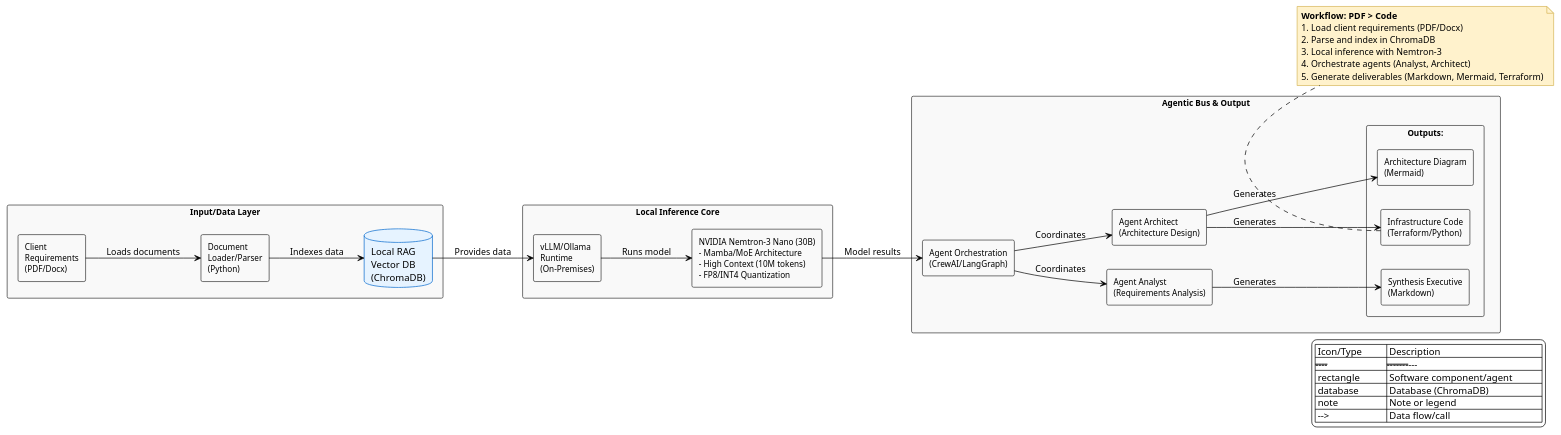
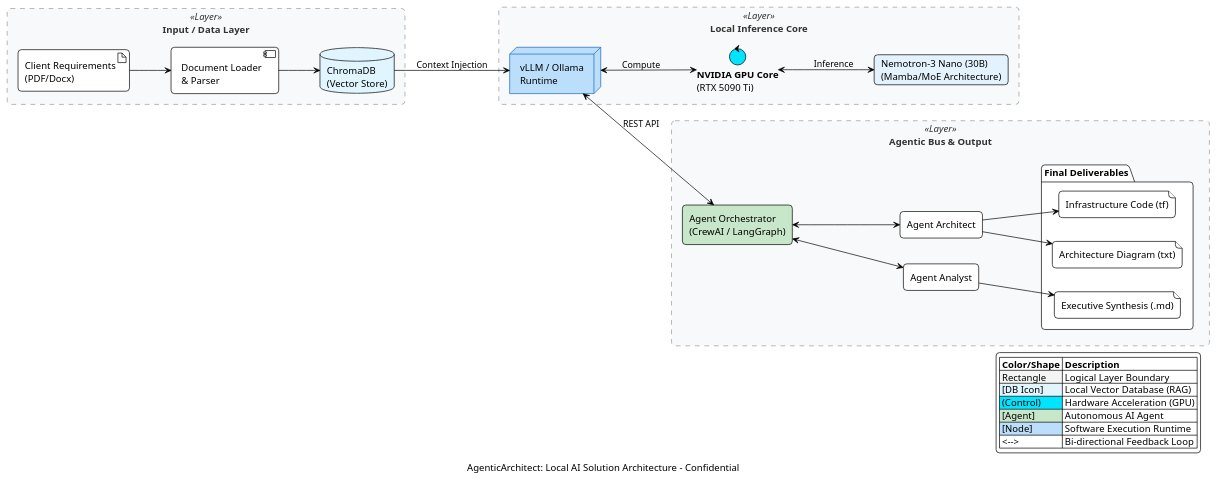
One commit to fabienfrfr/AgenticArchitect changed the diagram in docs/global_archi.puml. Above: the diagram before and after it, drawn with PlantUML. The commit also changed 1 other file, not shown here.

Commit message:
update architecture diagram

```diff
--- a/docs/global_archi.puml
+++ b/docs/global_archi.puml
@@ -1,84 +1,79 @@
-@startuml AgenticArchitect_Local_AI_Solution_Architecture
+@startuml AgenticArchitect_Final_With_Legend
 
+' --- Configuration & Style ---
 !theme plain
-skinparam monochrome false
+skinparam backgroundColor white
+skinparam roundcorner 10
 skinparam shadowing false
-skinparam defaultFontName Arial
+skinparam DefaultFontName "Segoe UI", Arial
 left to right direction
 
-' --- Colors and styles ---
-skinparam rectangle {
-  BackgroundColor #f9f9f9
-  BorderColor #333
-  FontSize 12
-}
-skinparam database {
-  BackgroundColor #e6f3ff
-  BorderColor #0066cc
-}
-skinparam note {
-  BackgroundColor #fff2cc
-  BorderColor #d6b656
+' Style for Layers
+skinparam rectangle<<Layer>> {
+    BackgroundColor #F8F9FA
+    BorderColor #999999
+    BorderStyle dashed
+    FontColor #333333
 }
 
-' --- Input/Data Layer ---
-rectangle "Input/Data Layer" {
-  rectangle "Client\nRequirements\n(PDF/Docx)" as client_req
-  database "Local RAG\nVector DB\n(ChromaDB)" as chroma_db
-  rectangle "Document\nLoader/Parser\n(Python)" as doc_parser
-
-  client_req --> doc_parser : "Loads documents"
-  doc_parser --> chroma_db : "Indexes data"
+' Style for Hardware/Core
+skinparam node {
+    BackgroundColor #E3F2FD
+    BorderColor #1565C0
 }
 
-' --- Local Inference Core ---
-rectangle "Local Inference Core" {
-  rectangle "vLLM/Ollama\nRuntime\n(On-Premises)" as runtime
-  rectangle "NVIDIA Nemtron-3 Nano (30B)\n- Mamba/MoE Architecture\n- High Context (10M tokens)\n- FP8/INT4 Quantization" as nemotron
-
-  chroma_db --> runtime : "Provides data"
-  runtime --> nemotron : "Runs model"
+' --- LAYER 1: DATA ---
+rectangle "Input / Data Layer" <<Layer>> {
+    artifact "Client Requirements\n(PDF/Docx)" as docs
+    component "Document Loader\n& Parser" as parser
+    database "ChromaDB\n(Vector Store)" as db #E1F5FE
 }
 
-' --- Agentic Bus & Output ---
-rectangle "Agentic Bus & Output" {
-  rectangle "Agent Analyst\n(Requirements Analysis)" as analyst
-  rectangle "Agent Orchestration\n(CrewAI/LangGraph)" as orchestrator
-  rectangle "Agent Architect\n(Architecture Design)" as architect
-
-  nemotron --> orchestrator : "Model results"
-  orchestrator --> analyst : "Coordinates"
-  orchestrator --> architect : "Coordinates"
-
-  rectangle "Outputs:" {
-    rectangle "Synthesis Executive\n(Markdown)" as synthesis
-    rectangle "Architecture Diagram\n(Mermaid)" as arch_diagram
-    rectangle "Infrastructure Code\n(Terraform/Python)" as infra_code
-  }
-
-  architect --> arch_diagram : "Generates"
-  architect --> infra_code : "Generates"
-  analyst --> synthesis : "Generates"
+' --- LAYER 2: COMPUTE ---
+rectangle "Local Inference Core" <<Layer>> {
+    node "vLLM / Ollama\nRuntime" as runtime #BBDEFB
+    control "**NVIDIA GPU Core**\n(RTX 5090 Ti)" as gpu #00E5FF
+    card "Nemotron-3 Nano (30B)\n(Mamba/MoE Architecture)" as model #E3F2FD
+    
+    runtime <--> gpu : "Compute"
+    gpu <--> model : "Inference"
 }
 
-' --- Workflow ---
-note bottom
-  <b>Workflow: PDF > Code</b>
-  1. Load client requirements (PDF/Docx)
-  2. Parse and index in ChromaDB
-  3. Local inference with Nemtron-3
-  4. Orchestrate agents (Analyst, Architect)
-  5. Generate deliverables (Markdown, Mermaid, Terraform)
-end note
+' --- LAYER 3: AGENTS ---
+rectangle "Agentic Bus & Output" <<Layer>> {
+    agent "Agent Orchestrator\n(CrewAI / LangGraph)" as bus #C8E6C9
+    agent "Agent Analyst" as analyst
+    agent "Agent Architect" as architect
+    
+    package "Final Deliverables" {
+        file "Executive Synthesis (.md)" as out1
+        file "Architecture Diagram (txt)" as out2
+        file "Infrastructure Code (tf)" as out3
+    }
+}
+
+' --- Flux ---
+docs --> parser
+parser --> db
+db --> runtime : "Context Injection"
+runtime <--> bus : "REST API"
+bus <--> analyst
+bus <--> architect
+architect --> out2
+architect --> out3
+analyst --> out1
 
 ' --- Legend ---
 legend right
-  | Icon/Type          | Description                          |
-  |--------------------|--------------------------------------|
-  | rectangle          | Software component/agent            |
-  | database           | Database (ChromaDB)                 |
-  | note               | Note or legend                      |
-  | -->                | Data flow/call                      |
+|= Color/Shape |= Description |
+|<#F4F4F4> Rectangle | Logical Layer Boundary |
+|<#E1F5FE> [DB Icon] | Local Vector Database (RAG) |
+|<#00E5FF> (Control) | Hardware Acceleration (GPU) |
+|<#C8E6C9> [Agent] | Autonomous AI Agent |
+|<#BBDEFB> [Node] | Software Execution Runtime |
+| <--> | Bi-directional Feedback Loop |
 endlegend
 
+caption "AgenticArchitect: Local AI Solution Architecture - Confidential"
+
 @enduml
```
